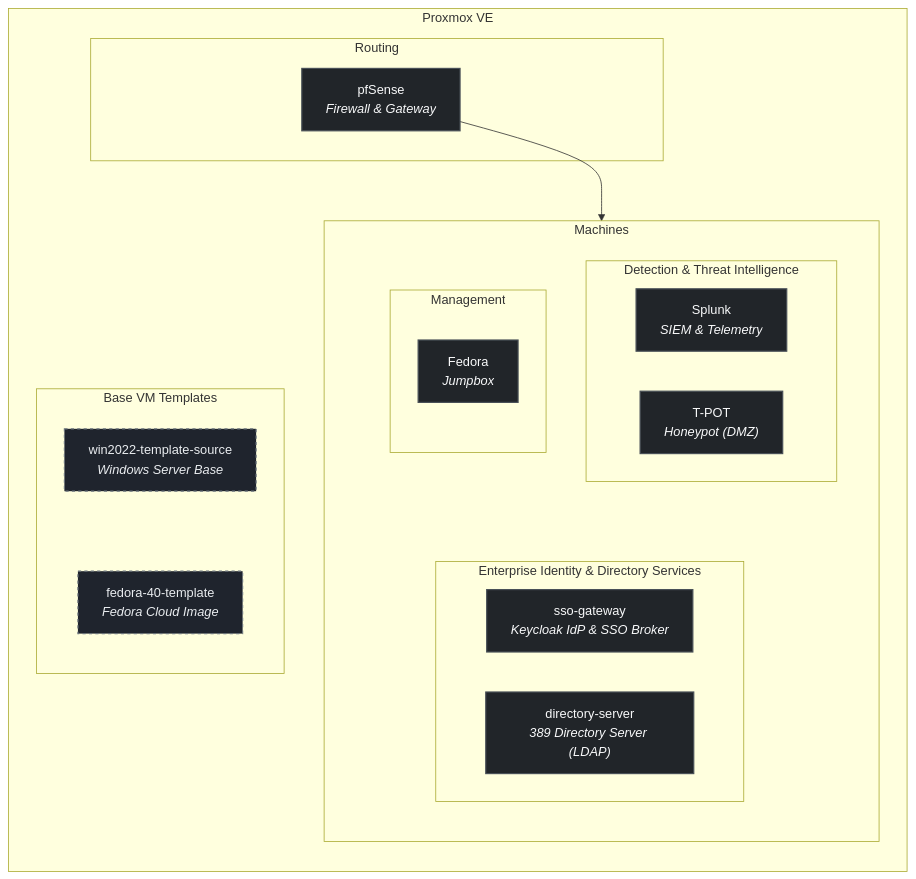
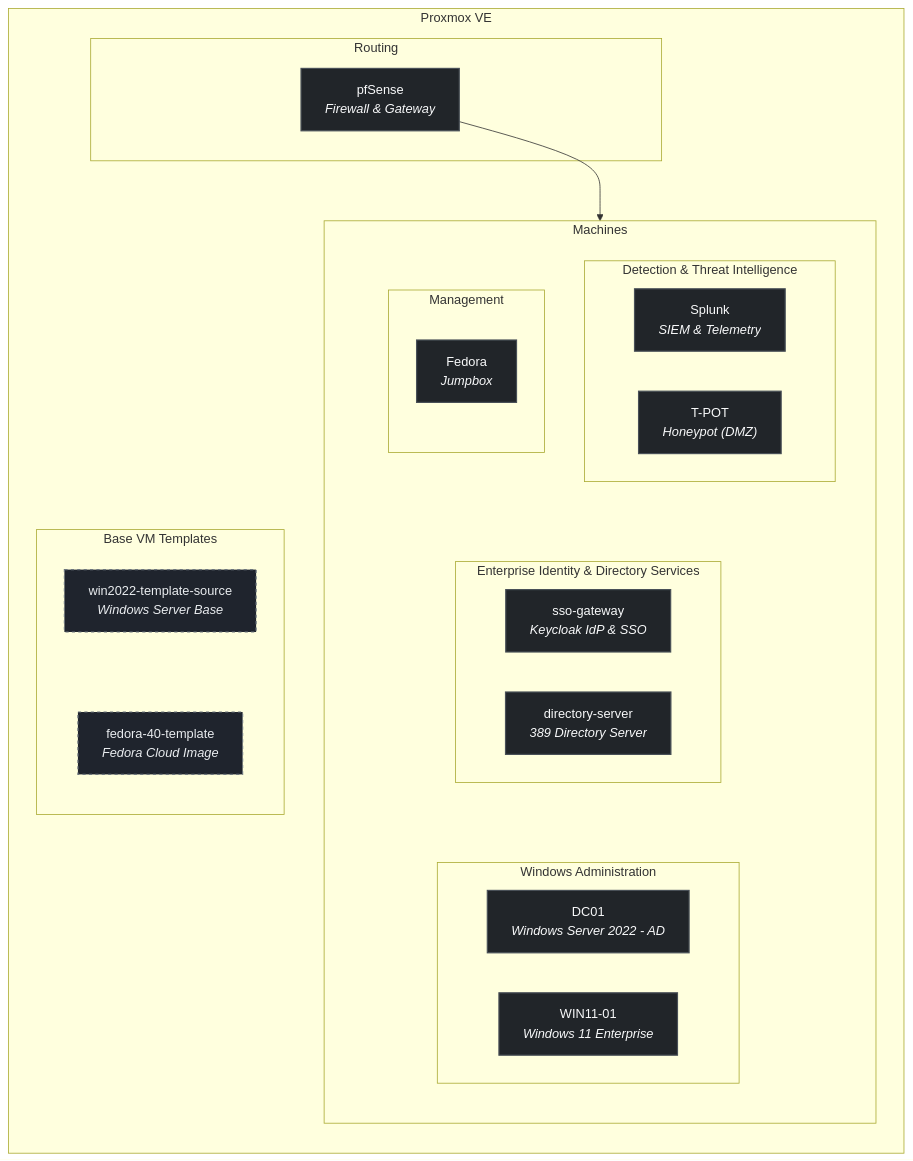
The diagram in README.md (adop05/adop05), drawn with Mermaid before and after one commit.

Commit message:
Update README with new Windows Administration

````diff
--- a/README.md
+++ b/README.md
@@ -7,56 +7,63 @@
 ```mermaid
 flowchart TB
     subgraph PVE["Proxmox VE"]
         direction TB
 
         subgraph Core["Routing"]
             pfSense["pfSense<br/><i>Firewall & Gateway</i>"]
         end
 
         subgraph Workloads["Machines"]
             direction TB
 
             subgraph Management["Management"]
                 direction TB
                 Fedora["Fedora<br/><i>Jumpbox</i>"]
             end
 
             subgraph Security["Detection & Threat Intelligence"]
                 direction LR
                 Splunk["Splunk<br/><i>SIEM & Telemetry</i>"]
                 TPOT["T-POT<br/><i>Honeypot (DMZ)</i>"]
             end
 
             subgraph IAM["Enterprise Identity & Directory Services"]
                 direction LR
-                SSO["sso-gateway<br/><i>Keycloak IdP & SSO Broker</i>"]
-                DirectoryServer["directory-server<br/><i>389 Directory Server (LDAP)</i>"]
+                SSO["sso-gateway<br/><i>Keycloak IdP & SSO</i>"]
+                DirectoryServer["directory-server<br/><i>389 Directory Server</i>"]
             end
 
-            %% Force 2 vertical tiers: Management and Security side-by-side, IAM below
+            subgraph Windows["Windows Administration"]
+                direction LR
+                DC01["DC01<br/><i>Windows Server 2022 - AD</i>"]
+                WIN11["WIN11-01<br/><i>Windows 11 Enterprise</i>"]
+            end
+
+            %% Workload layout alignment
             Management ~~~ IAM
             Security ~~~ IAM
+            IAM ~~~ Windows
         end
 
         subgraph Automation["Base VM Templates"]
             direction TB
             WinTemplate["win2022-template-source<br/><i>Windows Server Base</i>"]
             FedoraTemplate["fedora-40-template<br/><i>Fedora Cloud Image</i>"]
 
             %% Force vertical stacking inside templates
             WinTemplate ~~~ FedoraTemplate
         end
     end
 
-    %% Network Routing (Left only)
+    %% Network Routing
     pfSense --> Workloads
 
-    %% Invisible alignment constraint to lock the two-column grid
+    %% Invisible alignment constraint
     pfSense ~~~ Automation
 
     classDef vm fill:#212529,stroke:#495057,stroke-width:1.5px,color:#f8f9fa;
     classDef template fill:#1f242d,stroke:#6c757d,stroke-width:1.5px,stroke-dasharray: 4 4,color:#e9ecef;
 
-    class pfSense,Fedora,SSO,DirectoryServer,Splunk,TPOT vm;
+    class pfSense,Fedora,SSO,DirectoryServer,Splunk,TPOT,DC01,WIN11 vm;
     class WinTemplate,FedoraTemplate template;
 ```
````
